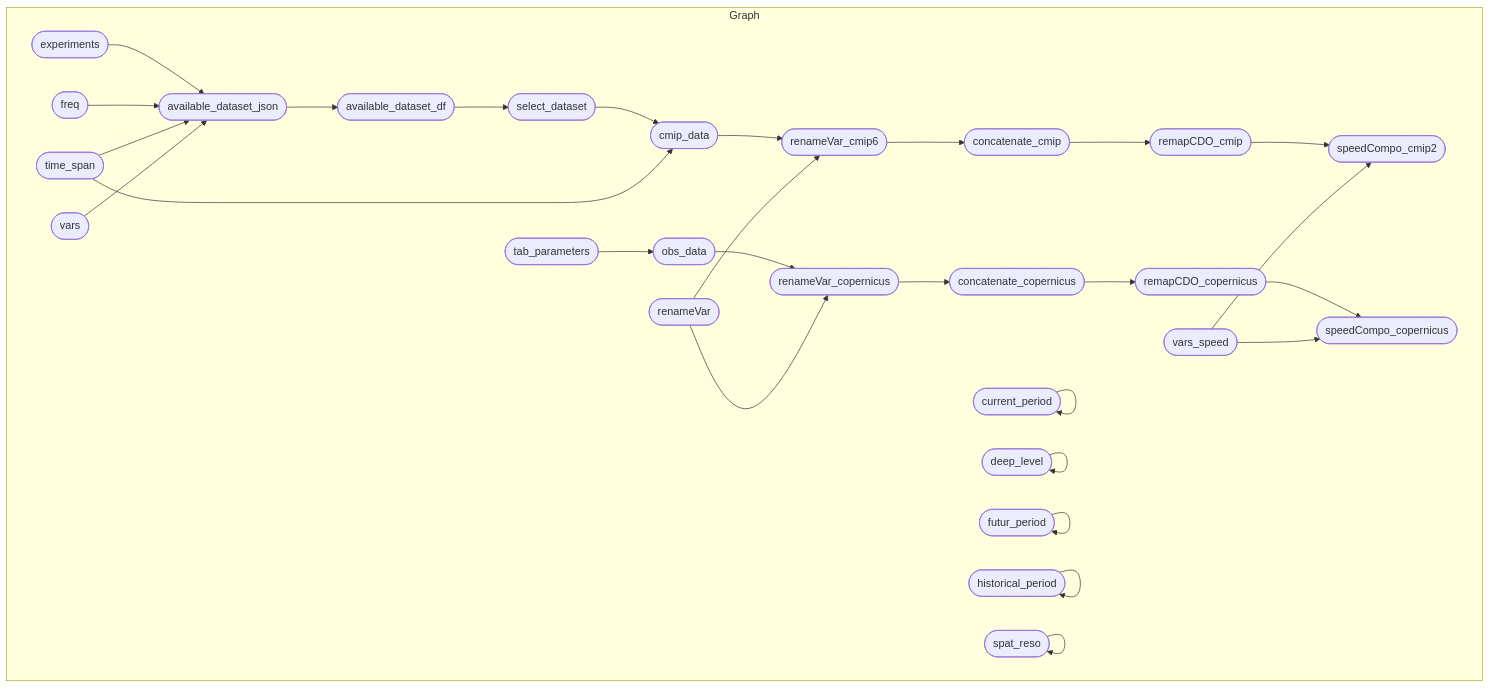
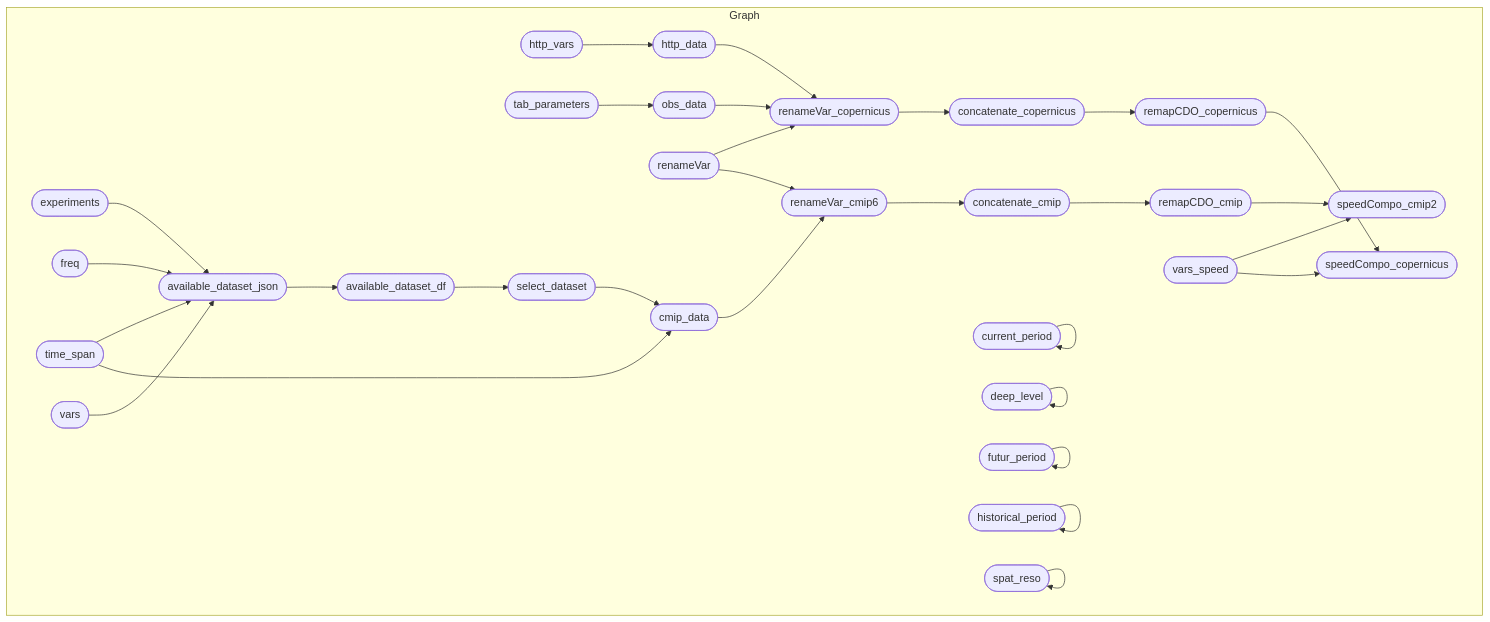
Before and after one commit to r-fernandezz/downshape: the diagram in README.md, drawn with Mermaid. The commit also changed other lines of this file and 3 other files, not shown here.

````diff
--- a/README.md
+++ b/README.md
@@ -22,32 +22,34 @@
 ``` mermaid
 graph LR
   subgraph Graph
     direction LR
-    x9289bfb53112cf3b(["concatenate_copernicus"]):::uptodate --> xec6283d15a25ed08(["remapCDO_copernicus"]):::uptodate
+    x9289bfb53112cf3b(["concatenate_copernicus"]):::outdated --> xec6283d15a25ed08(["remapCDO_copernicus"]):::outdated
     xd2508c5b4a2cb302(["renameVar_cmip6"]):::outdated --> x4fe875b2492d0106(["concatenate_cmip"]):::outdated
     x4fe875b2492d0106(["concatenate_cmip"]):::outdated --> xf4b49e2ba07661b1(["remapCDO_cmip"]):::outdated
-    xe44467b2b079fc18(["renameVar_copernicus"]):::uptodate --> x9289bfb53112cf3b(["concatenate_copernicus"]):::uptodate
-    xd7bca5ba4e5f539d(["obs_data"]):::uptodate --> xe44467b2b079fc18(["renameVar_copernicus"]):::uptodate
-    xd15c82dcb79a7c2e(["renameVar"]):::uptodate --> xe44467b2b079fc18(["renameVar_copernicus"]):::uptodate
+    x71e926299248ce3f(["http_vars"]):::outdated --> x35b468daf9281b76(["http_data"]):::outdated
+    xe44467b2b079fc18(["renameVar_copernicus"]):::outdated --> x9289bfb53112cf3b(["concatenate_copernicus"]):::outdated
+    x35b468daf9281b76(["http_data"]):::outdated --> xe44467b2b079fc18(["renameVar_copernicus"]):::outdated
+    xd7bca5ba4e5f539d(["obs_data"]):::uptodate --> xe44467b2b079fc18(["renameVar_copernicus"]):::outdated
+    xd15c82dcb79a7c2e(["renameVar"]):::uptodate --> xe44467b2b079fc18(["renameVar_copernicus"]):::outdated
     xac02e5e58926353b(["experiments"]):::uptodate --> x6fcf9b0e7fc429ff(["available_dataset_json"]):::outdated
     x906e78a8df9f52cb(["freq"]):::uptodate --> x6fcf9b0e7fc429ff(["available_dataset_json"]):::outdated
     x2c0118dd07b06ac8(["time_span"]):::uptodate --> x6fcf9b0e7fc429ff(["available_dataset_json"]):::outdated
     x8f15ec77b8dbd81a(["vars"]):::uptodate --> x6fcf9b0e7fc429ff(["available_dataset_json"]):::outdated
     x4301c707c2ab0cdc(["tab_parameters"]):::uptodate --> xd7bca5ba4e5f539d(["obs_data"]):::uptodate
     xf4b49e2ba07661b1(["remapCDO_cmip"]):::outdated --> x0a3d6e672db943e2(["speedCompo_cmip2"]):::outdated
     xca459201a27e8460(["vars_speed"]):::uptodate --> x0a3d6e672db943e2(["speedCompo_cmip2"]):::outdated
     x6fcf9b0e7fc429ff(["available_dataset_json"]):::outdated --> xe895740a9b7896f7(["available_dataset_df"]):::outdated
-    xec6283d15a25ed08(["remapCDO_copernicus"]):::uptodate --> xfc6ed28680e5db72(["speedCompo_copernicus"]):::uptodate
-    xca459201a27e8460(["vars_speed"]):::uptodate --> xfc6ed28680e5db72(["speedCompo_copernicus"]):::uptodate
+    xec6283d15a25ed08(["remapCDO_copernicus"]):::outdated --> xfc6ed28680e5db72(["speedCompo_copernicus"]):::outdated
+    xca459201a27e8460(["vars_speed"]):::uptodate --> xfc6ed28680e5db72(["speedCompo_copernicus"]):::outdated
     xe895740a9b7896f7(["available_dataset_df"]):::outdated --> x3f5ab24ee8d242b4(["select_dataset"]):::outdated
     xd8e5f2013a341013(["cmip_data"]):::outdated --> xd2508c5b4a2cb302(["renameVar_cmip6"]):::outdated
     xd15c82dcb79a7c2e(["renameVar"]):::uptodate --> xd2508c5b4a2cb302(["renameVar_cmip6"]):::outdated
     x3f5ab24ee8d242b4(["select_dataset"]):::outdated --> xd8e5f2013a341013(["cmip_data"]):::outdated
     x2c0118dd07b06ac8(["time_span"]):::uptodate --> xd8e5f2013a341013(["cmip_data"]):::outdated
     x084994fb0e480676(["current_period"]):::uptodate --> x084994fb0e480676(["current_period"]):::uptodate
     x625f066a5f205ec8(["deep_level"]):::uptodate --> x625f066a5f205ec8(["deep_level"]):::uptodate
     xbce5cad1cf7e7103(["futur_period"]):::uptodate --> xbce5cad1cf7e7103(["futur_period"]):::uptodate
     x57dd1d5e854c11b6(["historical_period"]):::uptodate --> x57dd1d5e854c11b6(["historical_period"]):::uptodate
     xe73cbbcc20086ecd(["spat_reso"]):::uptodate --> xe73cbbcc20086ecd(["spat_reso"]):::uptodate
   end
 ```
````
